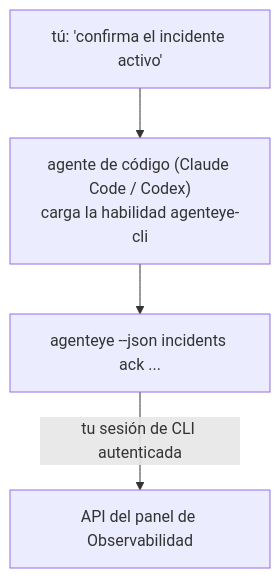
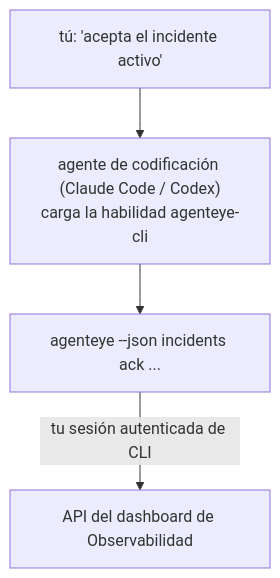
The diagram in docs/es/agenteye/cli-skill.mdx (FailproofAI/failproofai), drawn with Mermaid before and after one commit. The commit also changed other lines of this file and 649 other files, not shown here.

````diff
--- a/docs/es/agenteye/cli-skill.mdx
+++ b/docs/es/agenteye/cli-skill.mdx
@@ -28,6 +28,6 @@
 ```mermaid
 flowchart TD
-    YOU["tú: 'confirma el incidente activo'"] --> AGENT["agente de código (Claude Code / Codex)<br/>carga la habilidad agenteye-cli"]
+    YOU["tú: 'acepta el incidente activo'"] --> AGENT["agente de codificación (Claude Code / Codex)<br/>carga la habilidad agenteye-cli"]
     AGENT --> CLI["agenteye --json incidents ack ..."]
-    CLI -->|tu sesión de CLI autenticada| API["API del panel de Observabilidad"]
+    CLI -->|tu sesión autenticada de CLI| API["API del dashboard de Observabilidad"]
 ```
````
